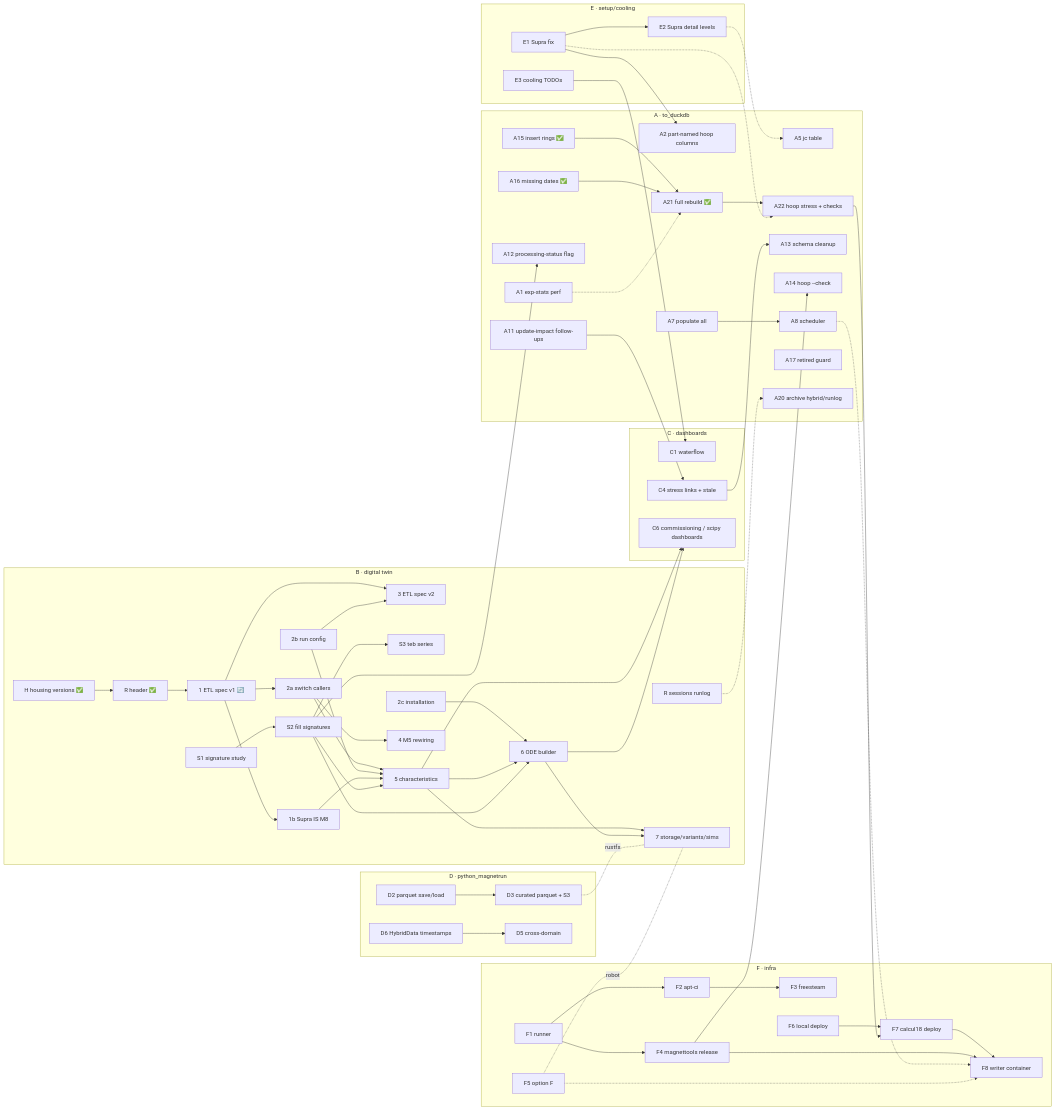
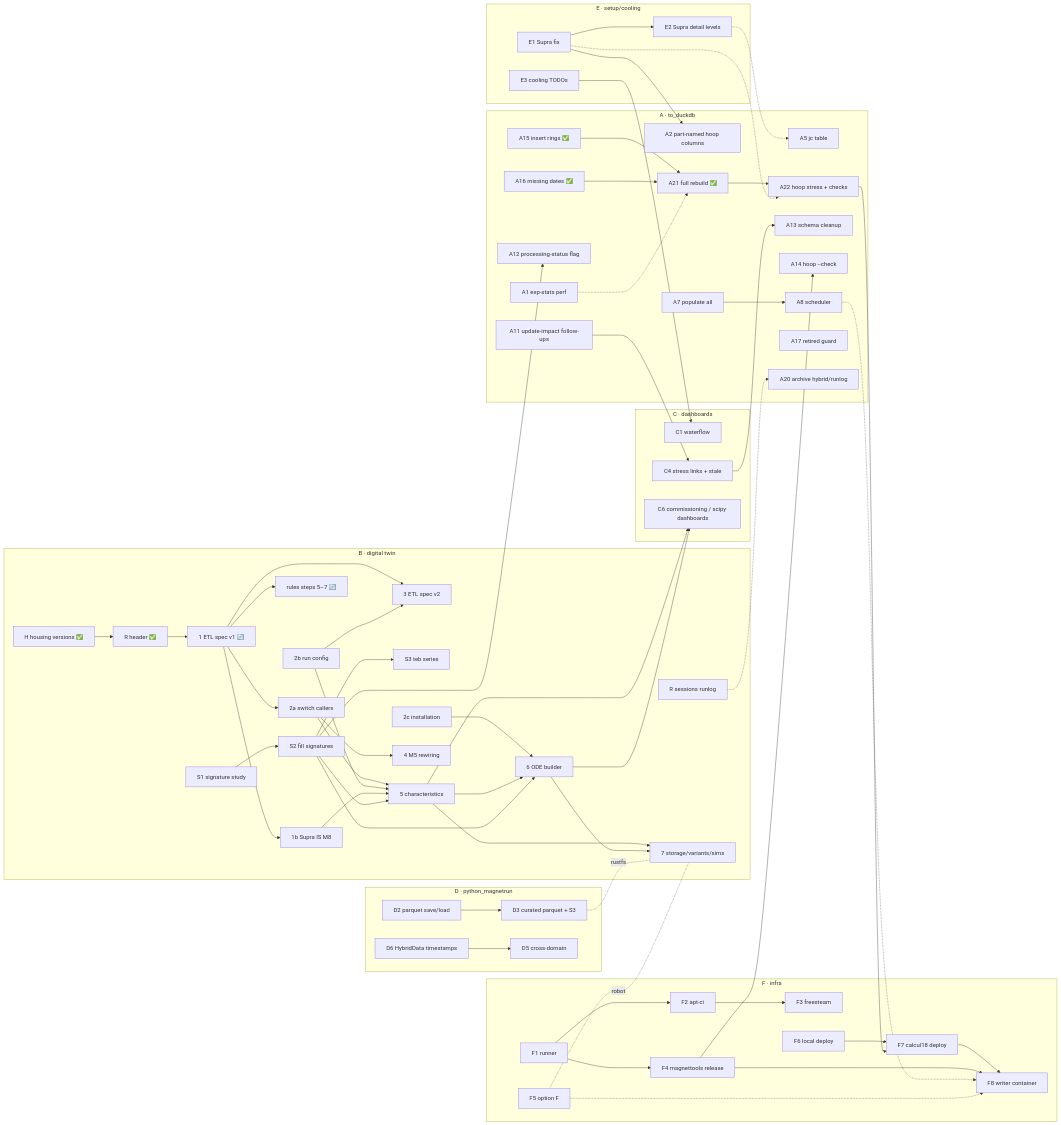
Before and after one commit to Trophime/magnetdb-duckdb-demo: the diagram in ROADMAP.md, drawn with Mermaid. The commit also changed other lines of this file, not shown here.

First line of the commit message:
ROADMAP: 2026-11-07 snapshot (file-check rules 1-4, cirrus-mirror, A22 partial checks, A24, F9)

````diff
--- a/ROADMAP.md
+++ b/ROADMAP.md
@@ -361,76 +379,77 @@
 ```mermaid
 graph LR
   subgraph F[F · infra]
     F1[F1 runner] --> F2[F2 apt-ci] --> F3[F3 freesteam]
     F1 --> F4[F4 magnettools release]
     F6[F6 local deploy] --> F7[F7 calcul18 deploy] --> F8[F8 writer container]
     F5[F5 option F]
   end
   subgraph E[E · setup/cooling]
     E1[E1 Supra fix] --> E2[E2 Supra detail levels]
     E3[E3 cooling TODOs]
   end
   subgraph A[A · to_duckdb]
     A1[A1 exp-stats perf]
     A2[A2 part-named hoop columns]
     A5[A5 jc table]
     A7[A7 populate all] --> A8[A8 scheduler]
     A11[A11 update-impact follow-ups]
     A12[A12 processing-status flag]
     A13[A13 schema cleanup]
     A14[A14 hoop --check]
     A15[A15 insert rings ✅] --> A21[A21 full rebuild ✅]
     A16[A16 missing dates ✅] --> A21
     A21 --> A22[A22 hoop stress + checks]
     A17[A17 retired guard]
     A20[A20 archive hybrid/runlog]
   end
   subgraph B[B · digital twin]
     BR[R sessions runlog]
     BH[H housing versions ✅] --> BRH[R header ✅] --> B1
     B1[1 ETL spec v1 🔄] --> B1b[1b Supra IS M8]
+    B1 --> B1r[rules steps 5–7 🔄]
     B1 --> B2a[2a switch callers]
     B2b[2b run config]
     B1 --> B3[3 ETL spec v2]
     B2b --> B3
     BS1[S1 signature study] --> BS2[S2 fill signatures] --> BS3[S3 teb series]
     B2c[2c installation]
     B2a --> B5[5 characteristics]
     B2b --> B5
     B1b --> B5
     BS2 --> B5
     B2c --> B6[6 ODE builder]
     B5 --> B6
     BS2 --> B6
     B5 --> B7[7 storage/variants/sims]
     B6 --> B7
     B2a --> B4[4 M5 rewiring]
   end
   subgraph C[C · dashboards]
     C1[C1 waterflow]
     C4[C4 stress links + stale]
     C6[C6 commissioning / scipy dashboards]
   end
   subgraph D[D · python_magnetrun]
     D2[D2 parquet save/load] --> D3[D3 curated parquet + S3]
     D6[D6 HybridData timestamps] --> D5[D5 cross-domain]
   end
   E1 --> A2
   E2 -.-> A5
   F4 --> A14
   F4 --> F8
   A1 -.-> A21
   E1 -.-> A22
   A22 --> F7
   A8 -.-> F8
   E3 --> C1
   A11 --> C4
   C4 --> A13
   BS2 --> A12
   BR -.-> A20
   B5 --> C6
   B6 --> C6
   D3 -. rustfs .- B7
   F5 -.-> F8
   F5 -. robot .- B7
 ```
````
